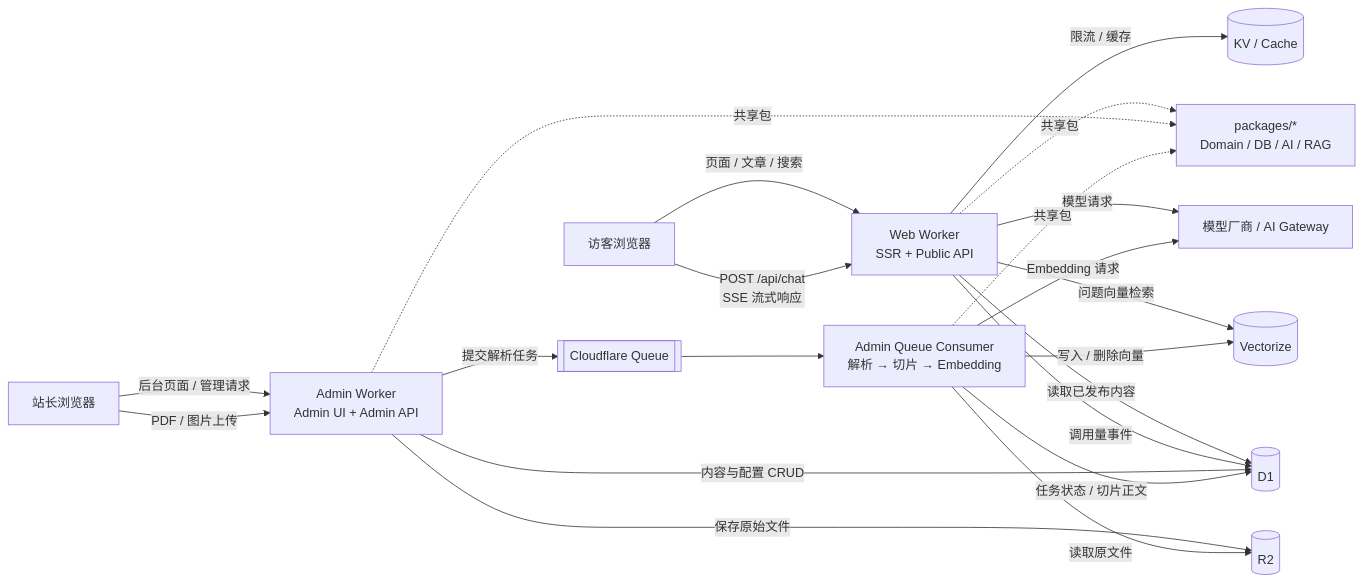
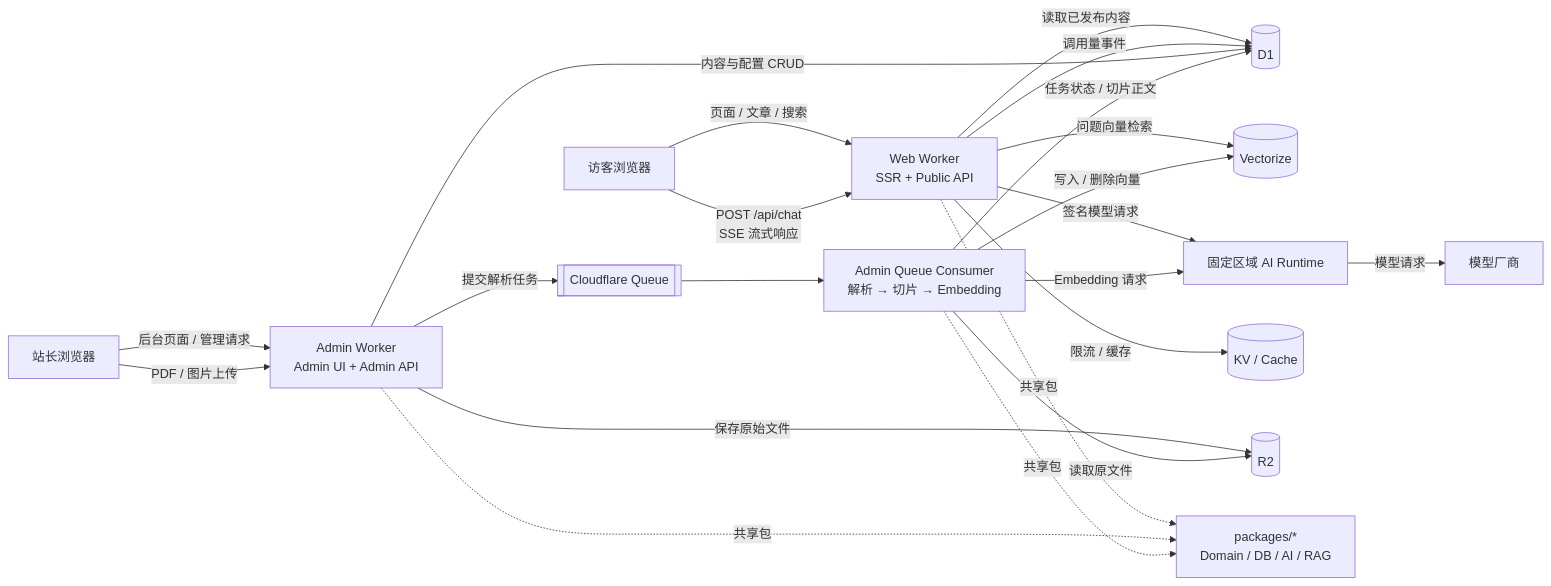
One commit to Ashy6/Bunshin changed the diagram in docs/technical-architecture.md. Above: the diagram before and after it, drawn with Mermaid. The commit also changed other lines of this file and 28 other files, not shown here.

Commit message:
feat: add region-pinned AI runtime architecture

````diff
--- a/docs/technical-architecture.md
+++ b/docs/technical-architecture.md
@@ -35,27 +36,28 @@
 ```mermaid
 flowchart LR
     V[访客浏览器] -->|页面 / 文章 / 搜索| WW[Web Worker\nSSR + Public API]
     V -->|POST /api/chat\nSSE 流式响应| WW
 
     O[站长浏览器] -->|后台页面 / 管理请求| AW[Admin Worker\nAdmin UI + Admin API]
     O -->|PDF / 图片上传| AW
 
     WW -->|读取已发布内容| D1[(D1)]
     WW -->|问题向量检索| VX[(Vectorize)]
-    WW -->|模型请求| LLM[模型厂商 / AI Gateway]
+    WW -->|签名模型请求| RT[固定区域 AI Runtime]
+    RT -->|模型请求| LLM[模型厂商]
     WW -->|调用量事件| D1
     WW -->|限流 / 缓存| KV[(KV / Cache)]
 
     AW -->|内容与配置 CRUD| D1
     AW -->|保存原始文件| R2[(R2)]
     AW -->|提交解析任务| Q[[Cloudflare Queue]]
     Q --> C[Admin Queue Consumer\n解析 → 切片 → Embedding]
     C -->|读取原文件| R2
     C -->|任务状态 / 切片正文| D1
     C -->|写入 / 删除向量| VX
-    C -->|Embedding 请求| LLM
+    C -->|Embedding 请求| RT
 
     WW -.共享包.-> P[packages/*\nDomain / DB / AI / RAG]
     AW -.共享包.-> P
     C -.共享包.-> P
 ```
````
